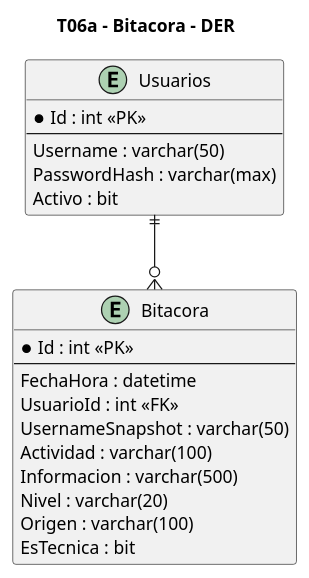
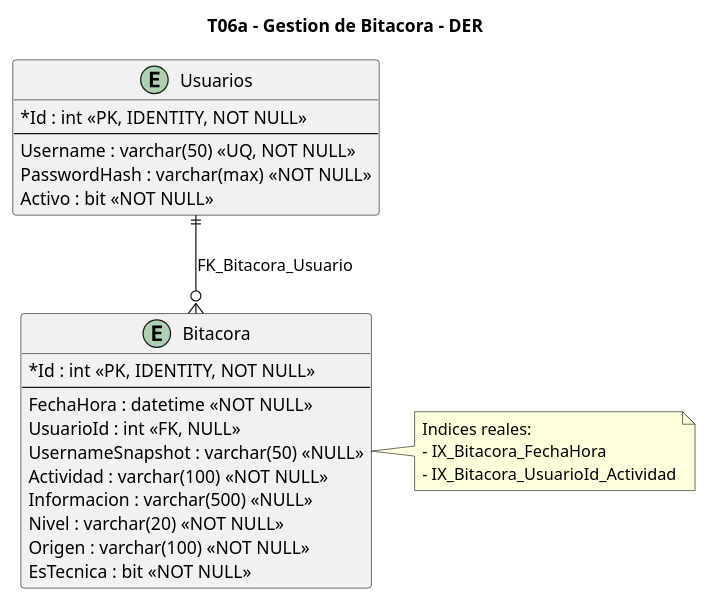
One commit to aggutierrez98/TP-TD changed the diagram in diagramas/T06a-bitacora/T06a-bitacora-datos.puml. Above: the diagram before and after it, drawn with PlantUML. The commit also changed 48 other files, not shown here.

Commit message:
Añadir diagramas y cambiar nombre de carpeta

```diff
--- a/diagramas/T06a-bitacora/T06a-bitacora-datos.puml
+++ b/diagramas/T06a-bitacora/T06a-bitacora-datos.puml
@@ -1,26 +1,37 @@
 @startuml
-title T06a - Bitacora - DER
+title T06a - Gestion de Bitacora - DER
+
+hide methods
+hide stereotypes
+skinparam classAttributeIconSize 0
 
 entity "Usuarios" as Usuarios {
-  *Id : int <<PK>>
+  *Id : int <<PK, IDENTITY, NOT NULL>>
   --
-  Username : varchar(50)
-  PasswordHash : varchar(max)
-  Activo : bit
+  Username : varchar(50) <<UQ, NOT NULL>>
+  PasswordHash : varchar(max) <<NOT NULL>>
+  Activo : bit <<NOT NULL>>
 }
 
 entity "Bitacora" as Bitacora {
-  *Id : int <<PK>>
+  *Id : int <<PK, IDENTITY, NOT NULL>>
   --
-  FechaHora : datetime
-  UsuarioId : int <<FK>>
-  UsernameSnapshot : varchar(50)
-  Actividad : varchar(100)
-  Informacion : varchar(500)
-  Nivel : varchar(20)
-  Origen : varchar(100)
-  EsTecnica : bit
+  FechaHora : datetime <<NOT NULL>>
+  UsuarioId : int <<FK, NULL>>
+  UsernameSnapshot : varchar(50) <<NULL>>
+  Actividad : varchar(100) <<NOT NULL>>
+  Informacion : varchar(500) <<NULL>>
+  Nivel : varchar(20) <<NOT NULL>>
+  Origen : varchar(100) <<NOT NULL>>
+  EsTecnica : bit <<NOT NULL>>
 }
 
-Usuarios ||--o{ Bitacora
+Usuarios ||--o{ Bitacora : FK_Bitacora_Usuario
+
+note right of Bitacora
+  Indices reales:
+  - IX_Bitacora_FechaHora
+  - IX_Bitacora_UsuarioId_Actividad
+end note
+
 @enduml
```
